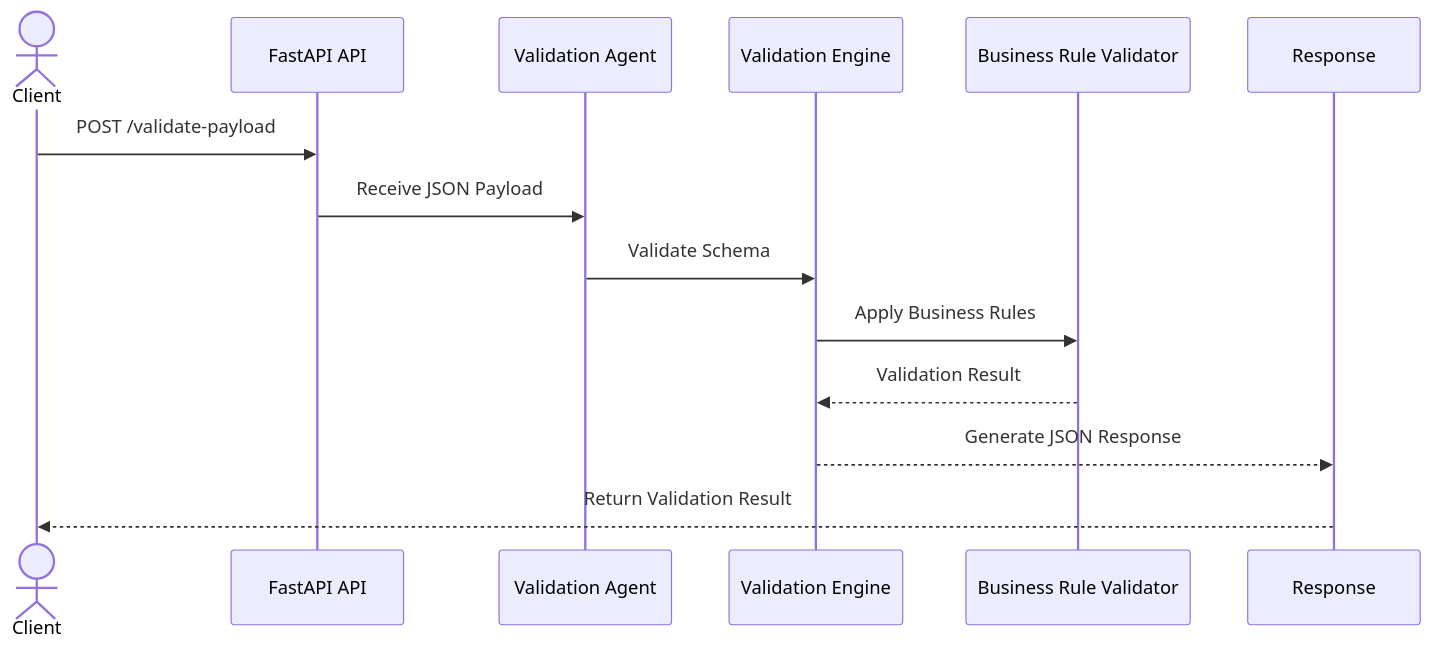
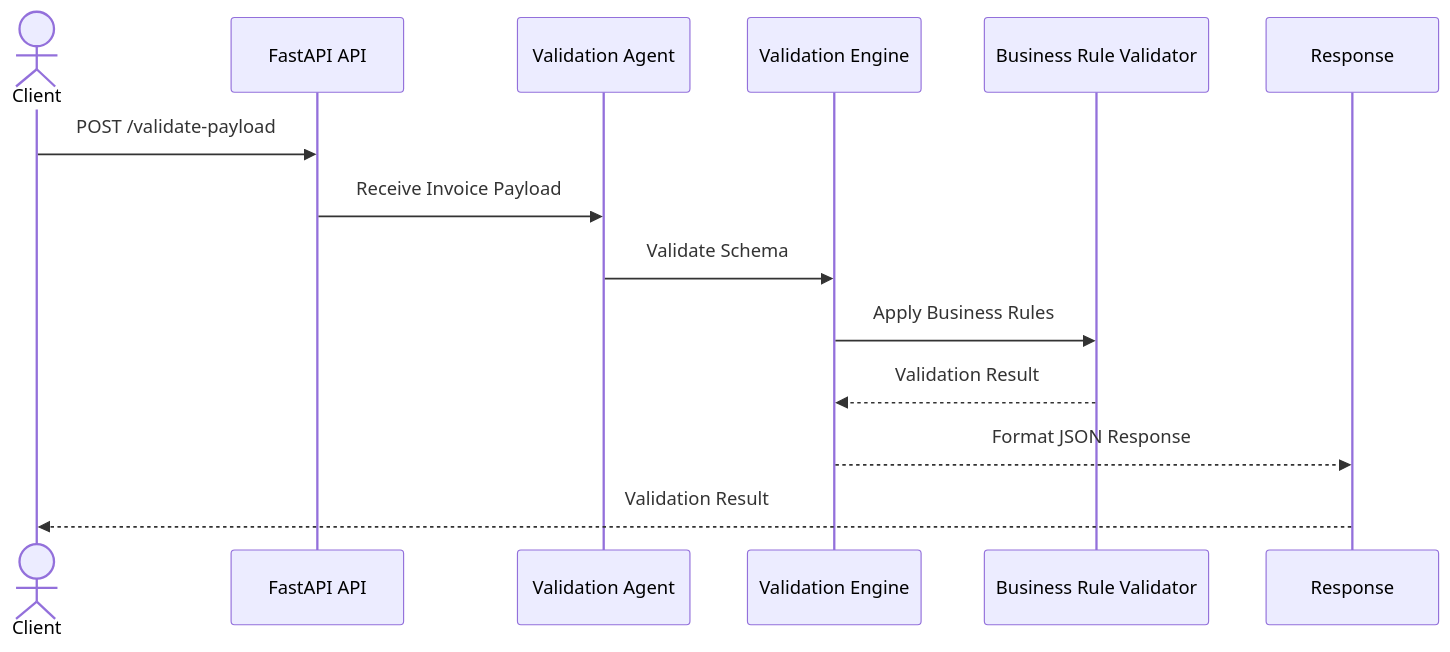
Before and after one commit to kishorer8438-bot/Validation_businessAgent: the second of 2 diagrams in README.md, drawn with Mermaid. The commit also changed other lines of this file, not shown here.

````diff
--- a/README.md
+++ b/README.md
@@ -270,19 +136,19 @@
 ```mermaid
 sequenceDiagram
 
 actor Client
 
 participant API as FastAPI API
 participant Agent as Validation Agent
 participant Engine as Validation Engine
 participant Rules as Business Rule Validator
 participant Response
 
 Client->>API: POST /validate-payload
-API->>Agent: Receive JSON Payload
+API->>Agent: Receive Invoice Payload
 Agent->>Engine: Validate Schema
 Engine->>Rules: Apply Business Rules
 Rules-->>Engine: Validation Result
-Engine-->>Response: Generate JSON Response
-Response-->>Client: Return Validation Result
+Engine-->>Response: Format JSON Response
+Response-->>Client: Validation Result
 ```
````
